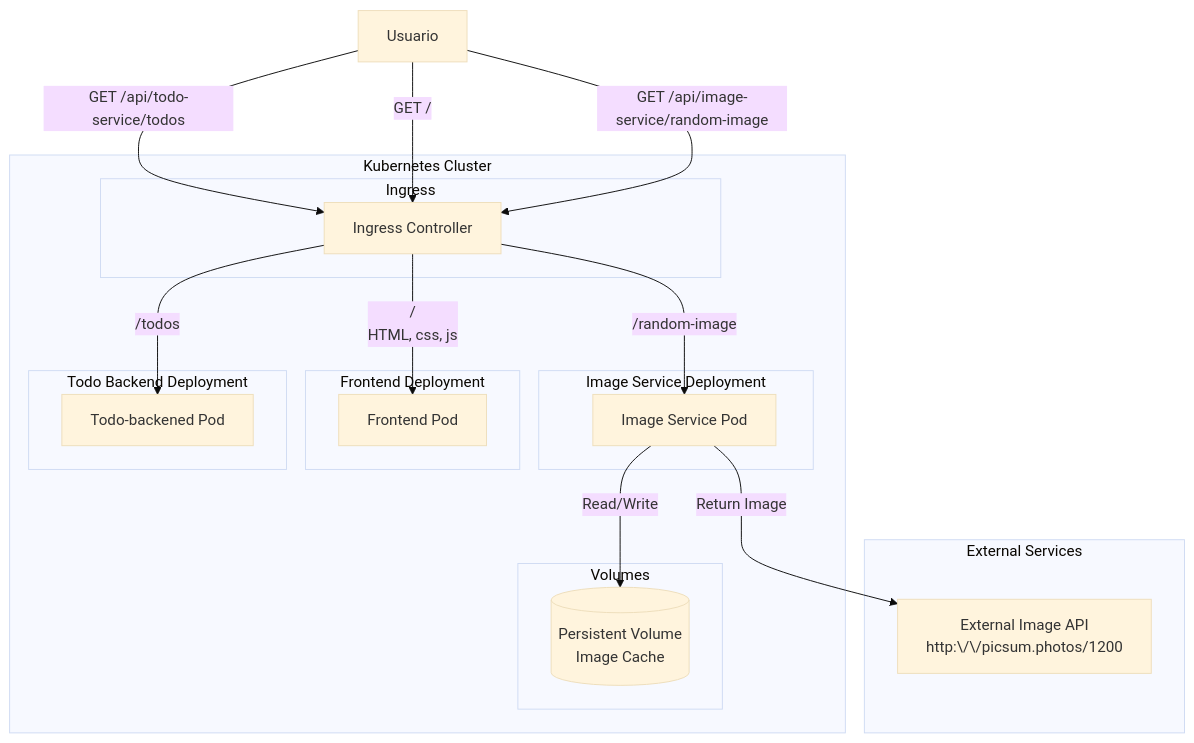
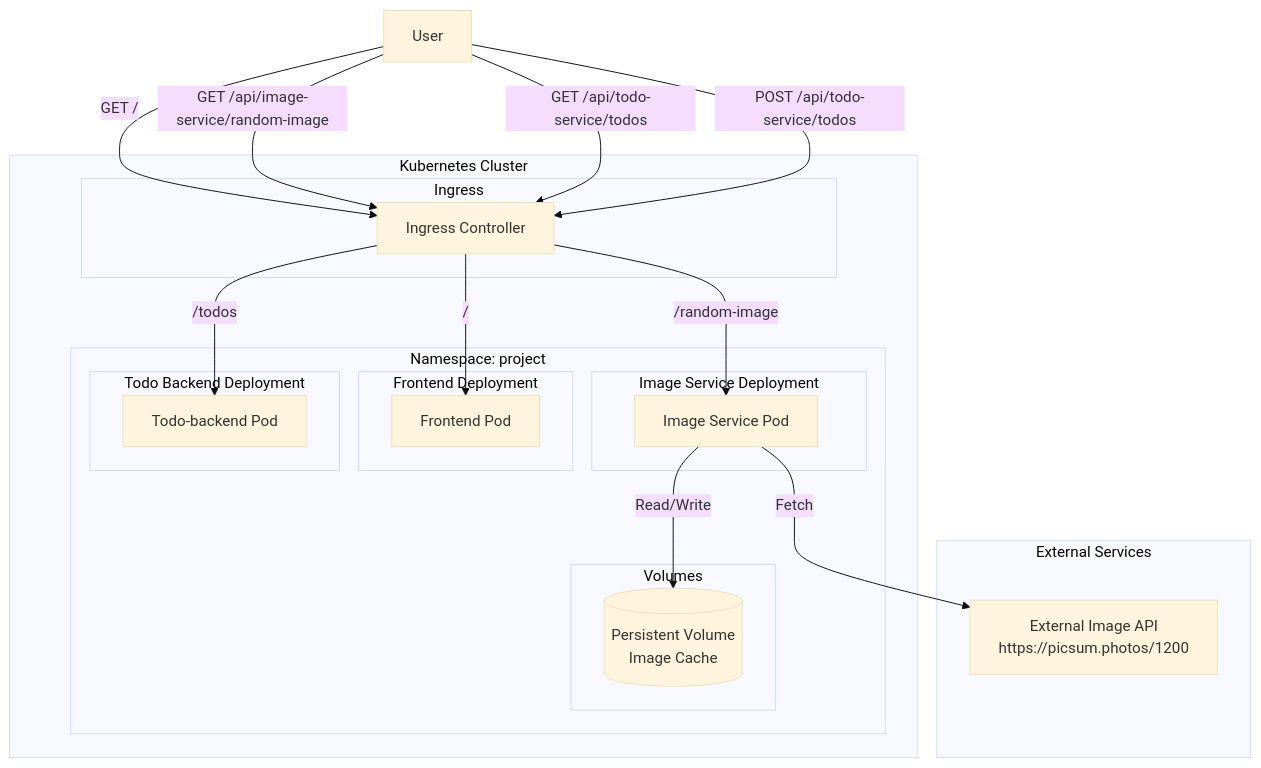
The diagram in the_project/README.md (Yakovyakov/KubernetsSubmissions), drawn with Mermaid (base theme) before and after one commit. The commit also changed other lines of this file and 13 other files, not shown here.

````diff
--- a/the_project/README.md
+++ b/the_project/README.md
@@ -134,41 +131,45 @@
   ```mermaid
-    graph TD
-      subgraph Kubernetes Cluster
-          subgraph Ingress
-              I[Ingress Controller]
-          end
-         
-          subgraph Image Service Deployment 
-              IS[ Image Service Pod]
-          end
+graph TD
+  subgraph Kubernetes Cluster
+    subgraph Ingress
+      I[Ingress Controller]
+    end
+    subgraph "Namespace: project"
+      subgraph Image Service Deployment
+        IS[Image Service Pod]
+      end
 
-          subgraph Frontend Deployment
-              F[Frontend Pod]
-          end
+      subgraph Frontend Deployment
+        F[Frontend Pod]
+      end
 
-          subgraph Todo Backend Deployment
-              TB[Todo-backened Pod]
-          end
+      subgraph Todo Backend Deployment
+        TB[Todo-backend Pod]
+      end
 
-        
-          subgraph Volumes
-              PV[(Persistent Volume<br>Image Cache)]
-          end
+      subgraph Volumes
+        PV[(Persistent Volume<br>Image Cache)]
       end
-    subgraph External Services
-      EXT[External Image API<br>http:\/\/picsum.photos/1200]
     end
-    
+  end
 
-      User -->|GET /api/todo-service/todos| I
-      User[Usuario] -->|GET /| I
-      User -->|GET /api/image-service/random-image| I
-      
-    
-      I -->|/todos| TB
-      I -->|/</br>HTML, css, js| F
-      I -->|/random-image| IS
-    
-      IS -->|Read/Write| PV
-      IS -->|Return Image| EXT
+  subgraph External Services
+    EXT[External Image API<br>https://picsum.photos/1200]
+  end
+
+  User[User] -->|GET /| I
+  User -->|GET /api/image-service/random-image| I
+  User -->|GET /api/todo-service/todos| I
+  User -->|POST /api/todo-service/todos| I
+
+  I -->|/| F
+  I -->|/random-image| IS
+  I -->|/todos| TB
+
+  IS -->|Read/Write| PV
+  IS -->|Fetch| EXT
+
+  class IS,F,TB pod;
+  class PV storage;
+  class I ingress;
   ```
````
